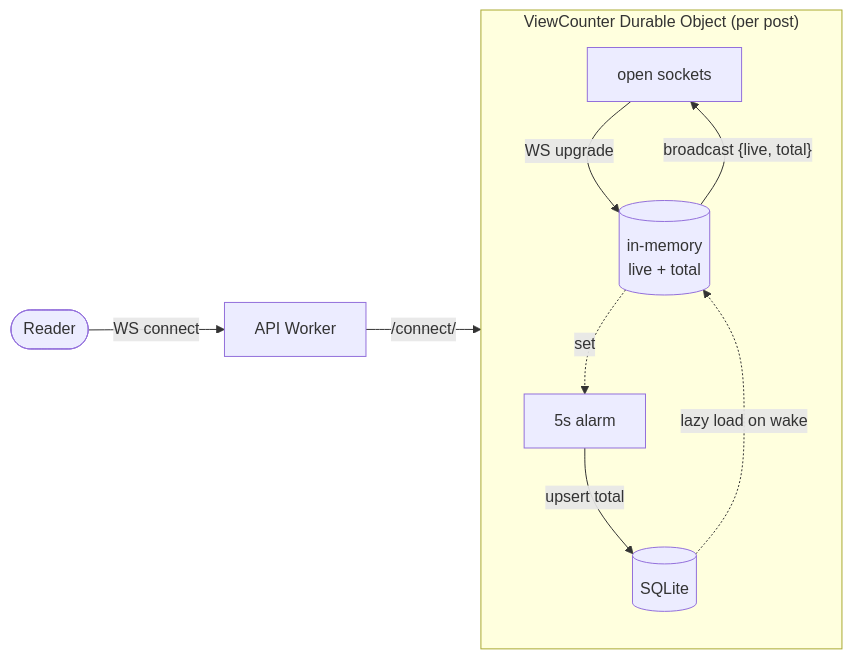
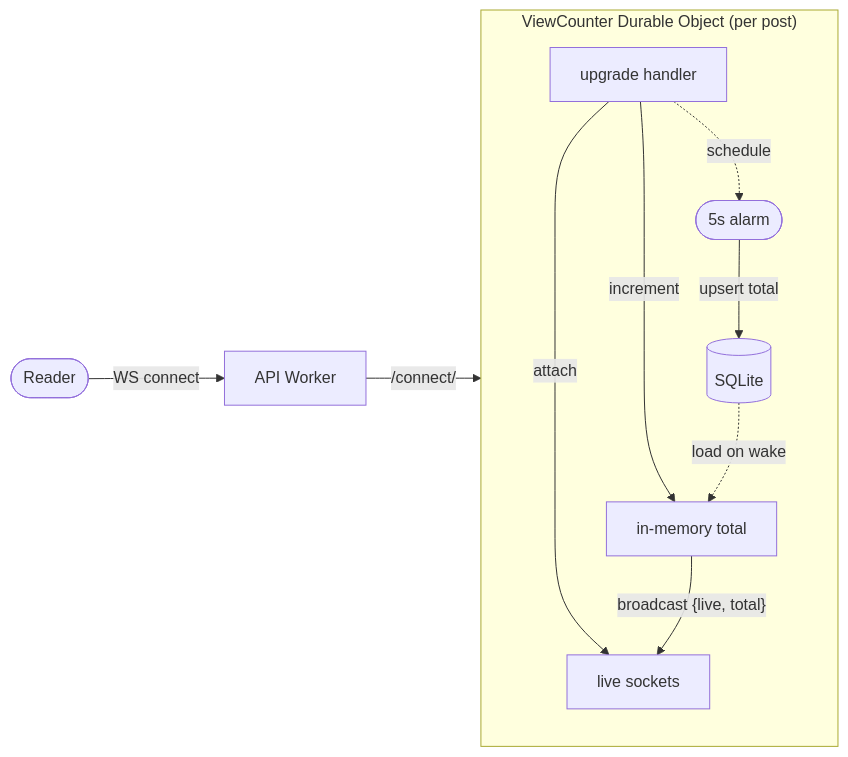
Before and after one commit to kieran-gray/kgdev.me: the diagram in src/pages/posts/blog-view-counter.md, drawn with Mermaid. The commit also changed other lines of this file and 1 other file, not shown here.

Commit message:
post: correction

````diff
--- a/src/pages/posts/blog-view-counter.md
+++ b/src/pages/posts/blog-view-counter.md
@@ -37,22 +37,24 @@
 ```mermaid
 graph LR
     R(["Reader"])
     API["API Worker"]
 
     subgraph DO["ViewCounter Durable Object (per post)"]
         direction TB
-        Sockets["open sockets"]
-        Count[("in-memory\nlive + total")]
-        Alarm["5s alarm"]
+        Handler["upgrade handler"]
+        Sockets["live sockets"]
+        Total["in-memory total"]
+        Alarm(["5s alarm"])
         SQL[("SQLite")]
 
-        Sockets -- "WS upgrade" --> Count
-        Count -- "broadcast {live, total}" --> Sockets
-        Count -. "set" .-> Alarm
+        Handler -- "attach" --> Sockets
+        Handler -- "increment" --> Total
+        Total -- "broadcast {live, total}" --> Sockets
+        Handler -. "schedule" .-> Alarm
         Alarm -- "upsert total" --> SQL
-        SQL -. "lazy load on wake" .-> Count
+        SQL -. "load on wake" .-> Total
     end
 
     R -- "WS connect" --> API
-    API -- "/connect/<slug>" --> DO
+    API -- "/connect/<slug>" --> Handler
 ```
````
